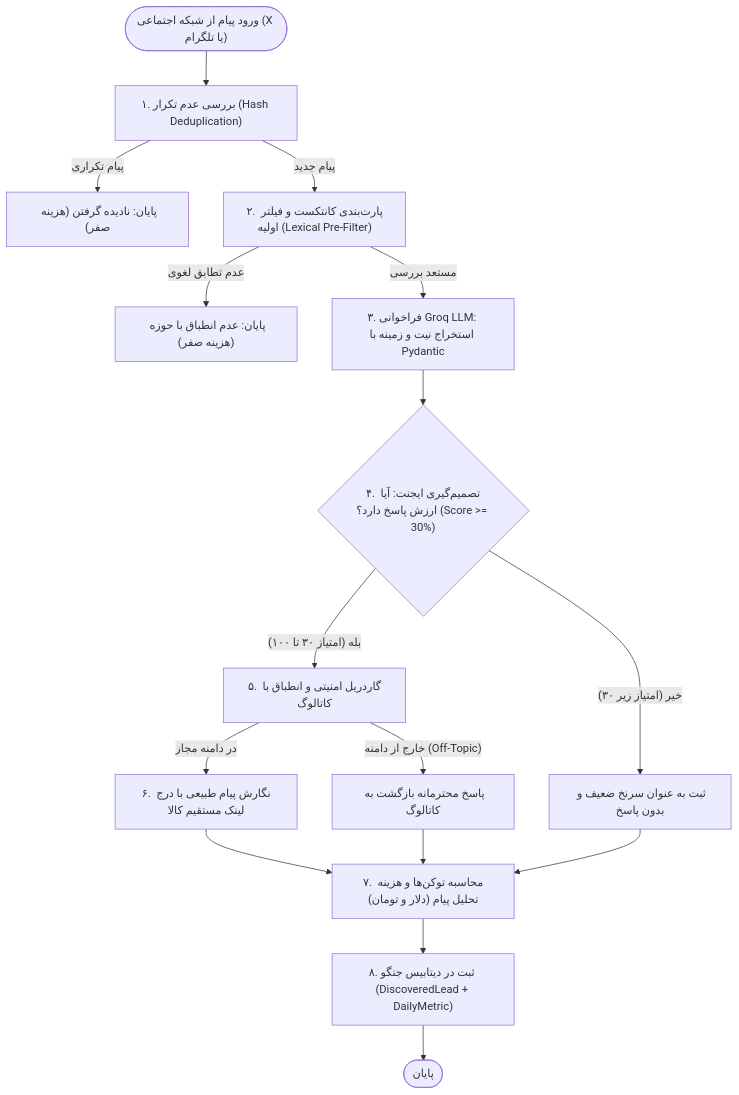
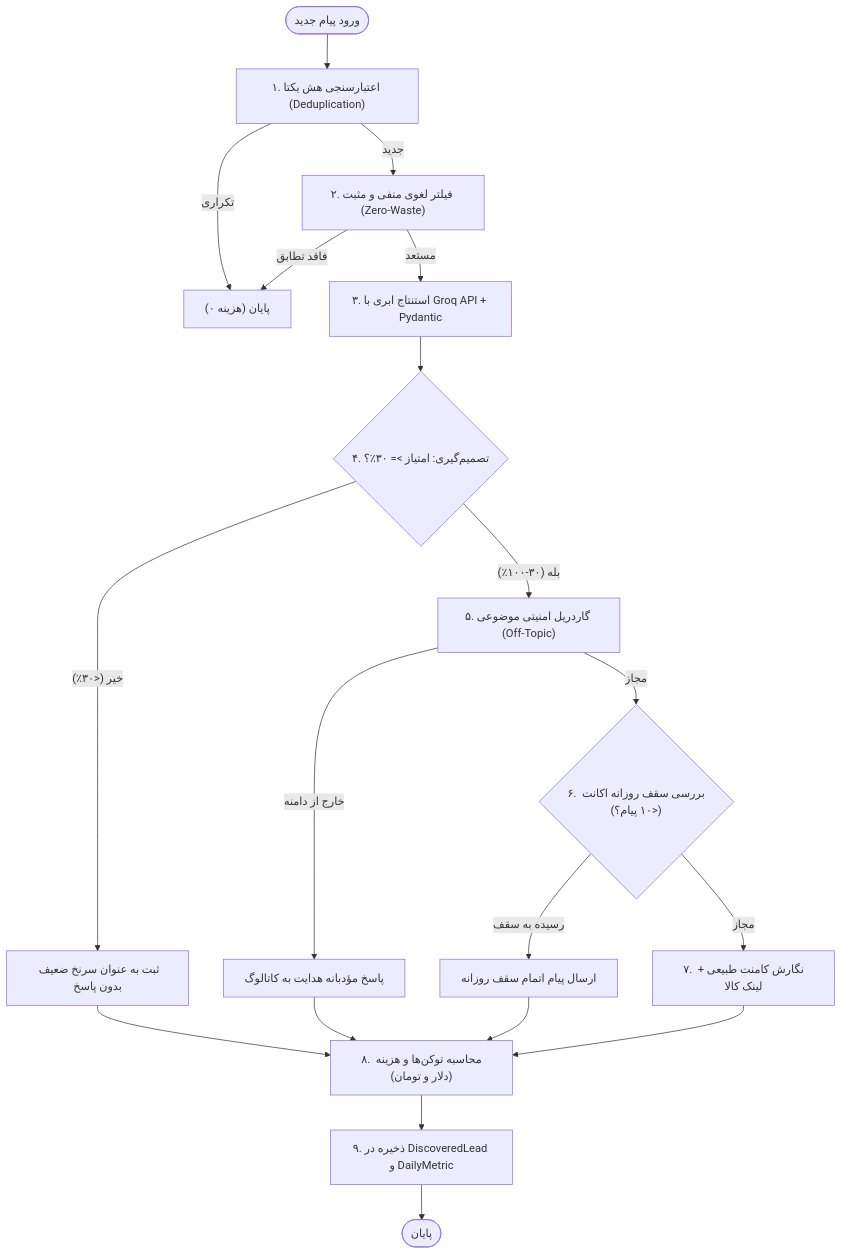
The diagram in AI_AGENT_ENGINEERING_SPEC.md (mtaham84/moshtari-yab), drawn with Mermaid before and after one commit. The commit also changed other lines of this file and 12 other files, not shown here.

Commit message:
feat: enforce daily 10-message quota per account, add lead submission endpoint, and publish comprehensive AI engineering and crawler specifications

````diff
--- a/AI_AGENT_ENGINEERING_SPEC.md
+++ b/AI_AGENT_ENGINEERING_SPEC.md
@@ -66,22 +210,21 @@
 ```mermaid
 graph TD
-    Start(["ورود پیام از شبکه اجتماعی (X یا تلگرام)"]) --> DeduplicationNode["۱. بررسی عدم تکرار (Hash Deduplication)"]
-    DeduplicationNode -->|"پیام تکراری"| DropDuplicate["پایان: نادیده گرفتن (هزینه صفر)"]
-    DeduplicationNode -->|"پیام جدید"| ContextFilterNode["۲. پارت‌بندی کانتکست و فیلتر اولیه (Lexical Pre-Filter)"]
-    
-    ContextFilterNode -->|"عدم تطابق لغوی"| DropNoMatch["پایان: عدم انطباق با حوزه (هزینه صفر)"]
-    ContextFilterNode -->|"مستعد بررسی"| IntentClassifierNode["۳. فراخوانی Groq LLM: استخراج نیت و زمینه با Pydantic"]
-    
-    IntentClassifierNode --> DecisionNode{"۴. تصمیم‌گیری ایجنت: آیا ارزش پاسخ دارد؟ (Score >= 30%)"}
-    DecisionNode -->|"خیر (امتیاز زیر ۳۰)"| DiscardNode["ثبت به عنوان سرنخ ضعیف و بدون پاسخ"]
-    DecisionNode -->|"بله (امتیاز ۳۰ تا ۱۰۰)"| GuardrailCheckNode["۵. گاردریل امنیتی و انطباق با کاتالوگ"]
-    
-    GuardrailCheckNode -->|"خارج از دامنه (Off-Topic)"| BlockGuardrail["پاسخ محترمانه بازگشت به کاتالوگ"]
-    GuardrailCheckNode -->|"در دامنه مجاز"| OutreachWriterNode["۶. نگارش پیام طبیعی با درج لینک مستقیم کالا"]
-    
-    OutreachWriterNode --> CostTrackerNode["۷. محاسبه توکن‌ها و هزینه تحلیل پیام (دلار و تومان)"]
-    BlockGuardrail --> CostTrackerNode
-    DiscardNode --> CostTrackerNode
-    CostTrackerNode --> SaveToDB["۸. ثبت در دیتابیس جنگو (DiscoveredLead + DailyMetric)"]
-    SaveToDB --> End(["پایان"])
+    Start(["ورود پیام جدید"]) --> DedupNode["۱. اعتبارسنجی هش یکتا (Deduplication)"]
+    DedupNode -->|"تکراری"| EndDrop["پایان (هزینه ۰)"]
+    DedupNode -->|"جدید"| LexicalNode["۲. فیلتر لغوی منفی و مثبت (Zero-Waste)"]
+    LexicalNode -->|"فاقد تطابق"| EndDrop
+    LexicalNode -->|"مستعد"| GroqLLMNode["۳. استنتاج ابری با Groq API + Pydantic"]
+    GroqLLMNode --> DecisionNode{"۴. تصمیم‌گیری: امتیاز >= ۳۰٪؟"}
+    DecisionNode -->|"خیر (<۳۰٪)"| DiscardNode["ثبت به عنوان سرنخ ضعیف بدون پاسخ"]
+    DecisionNode -->|"بله (۳۰-۱۰۰٪)"| GuardNode["۵. گاردریل امنیتی موضوعی (Off-Topic)"]
+    GuardNode -->|"خارج از دامنه"| SafeRebuttal["پاسخ مؤدبانه هدایت به کاتالوگ"]
+    GuardNode -->|"مجاز"| QuotaCheckNode{"۶. بررسی سقف روزانه اکانت (<۱۰ پیام؟)"}
+    QuotaCheckNode -->|"رسیده به سقف"| CapNotifyNode["ارسال پیام اتمام سقف روزانه"]
+    QuotaCheckNode -->|"مجاز"| WriterNode["۷. نگارش کامنت طبیعی + لینک کالا"]
+    WriterNode --> CostCalcNode["۸. محاسبه توکن‌ها و هزینه (دلار و تومان)"]
+    SafeRebuttal --> CostCalcNode
+    CapNotifyNode --> CostCalcNode
+    DiscardNode --> CostCalcNode
+    CostCalcNode --> DBNode["۹. ذخیره در DiscoveredLead و DailyMetric"]
+    DBNode --> Done(["پایان"])
 ```
````
